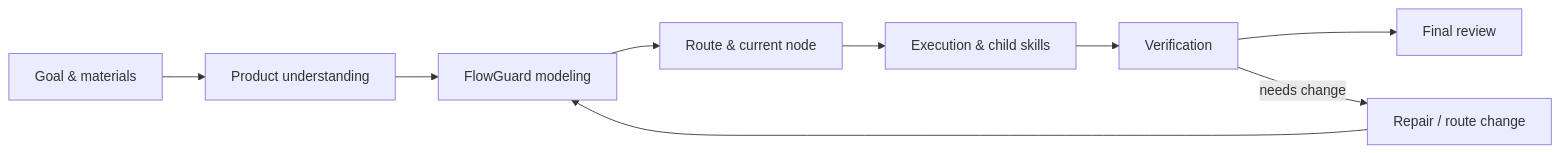
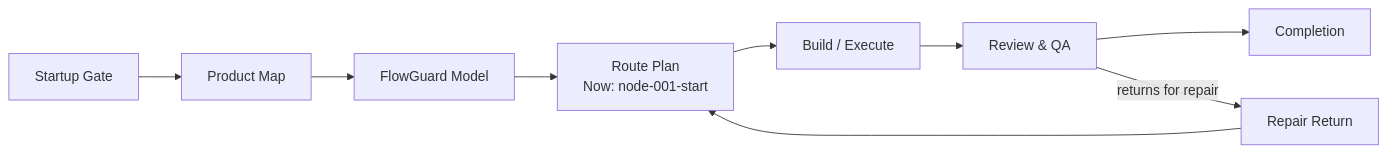
Before and after one commit to liuyingxuvka/FlowPilot: the diagram in templates/flowpilot/diagrams/user-flow-diagram.template.md, drawn with Mermaid. The commit also changed other lines of this file and 75 other files, not shown here.

Commit message:
Update FlowPilot process gates and closure checks

````diff
--- a/templates/flowpilot/diagrams/user-flow-diagram.template.md
+++ b/templates/flowpilot/diagrams/user-flow-diagram.template.md
@@ -16,20 +21,20 @@
 ```mermaid
 flowchart LR
-  intake["Goal & materials"]
-  product["Product understanding"]
-  modeling["FlowGuard modeling"]
-  route["Route & current node"]
-  execution["Execution & child skills"]
-  verification["Verification"]
-  completion["Final review"]
-  repair["Repair / route change"]
+  startup["Startup Gate"]
+  product["Product Map"]
+  modeling["FlowGuard Model"]
+  route["Route Plan<br/>Now: node-001-start"]
+  execution["Build / Execute"]
+  verification["Review & QA"]
+  completion["Completion"]
+  repair["Repair Return"]
 
-  intake --> product
+  startup --> product
   product --> modeling
   modeling --> route
   route --> execution
   execution --> verification
   verification --> completion
-  verification -- "needs change" --> repair
-  repair --> modeling
+  verification -- "returns for repair" --> repair
+  repair --> route
 ```
````
